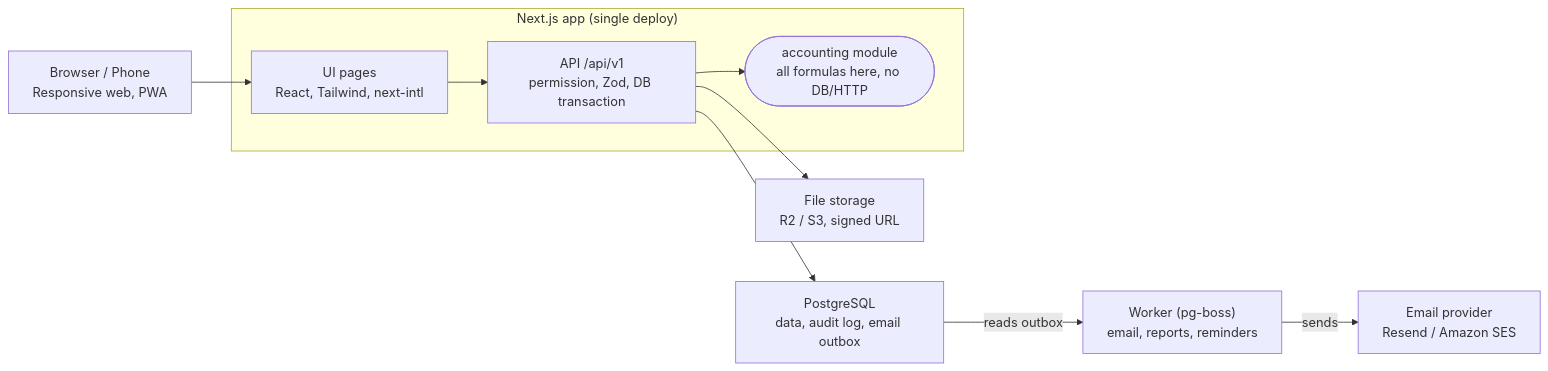
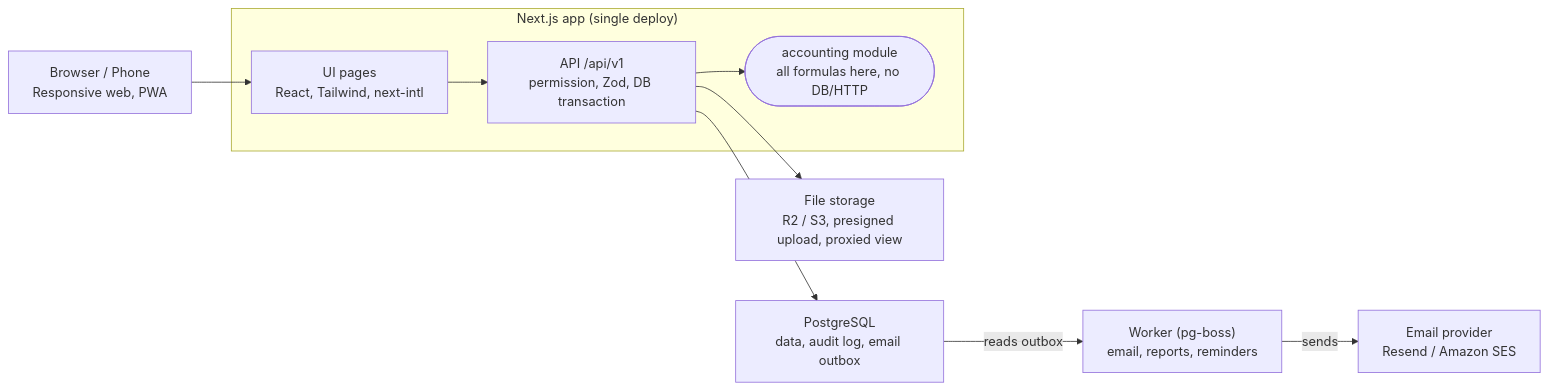
Before and after one commit to rayhanmujumdar/Barihishab-full-stack: the second of 3 diagrams in docs/barihishab_management_README.md, drawn with Mermaid. The commit also changed other lines of this file and 11 other files, not shown here.

````diff
--- a/docs/barihishab_management_README.md
+++ b/docs/barihishab_management_README.md
@@ -674,12 +674,12 @@
 ```mermaid
 flowchart LR
     B["Browser / Phone<br/>Responsive web, PWA"] --> UI
     subgraph APP["Next.js app (single deploy)"]
         UI["UI pages<br/>React, Tailwind, next-intl"] --> API["API /api/v1<br/>permission, Zod, DB transaction"]
         API --> ACC(["accounting module<br/>all formulas here, no DB/HTTP"])
     end
     API --> PG["PostgreSQL<br/>data, audit log, email outbox"]
-    API --> FS["File storage<br/>R2 / S3, signed URL"]
+    API --> FS["File storage<br/>R2 / S3, presigned upload, proxied view"]
     PG -- "reads outbox" --> W["Worker (pg-boss)<br/>email, reports, reminders"]
     W -- "sends" --> EM["Email provider<br/>Resend / Amazon SES"]
 ```
````
